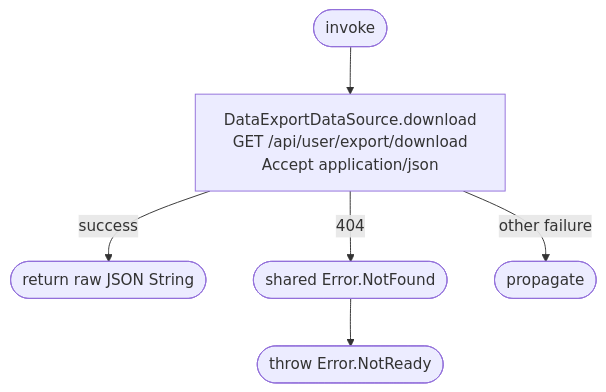
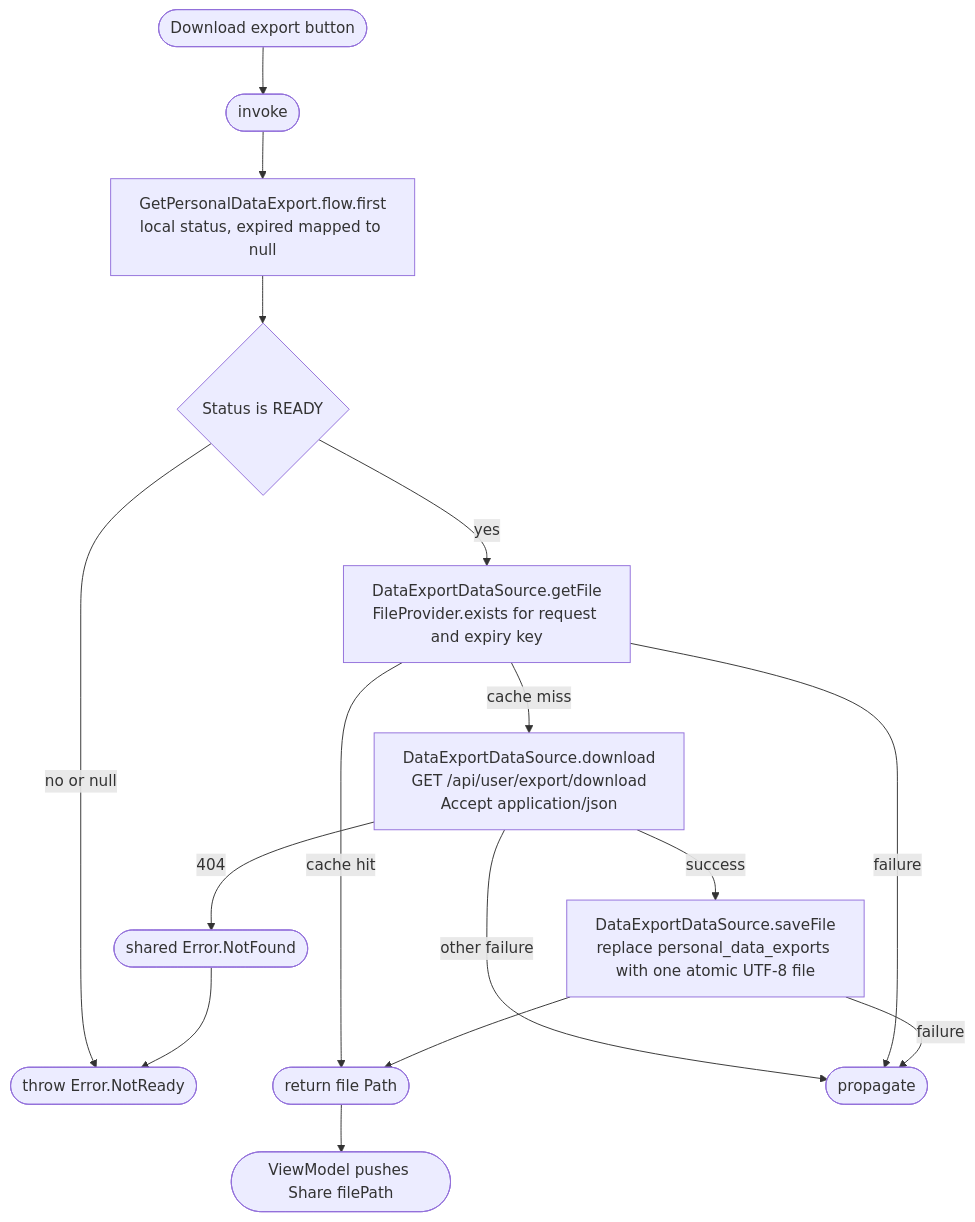
One commit to nocturneproperties/bookkme-client changed the diagram in docs/operations/settings/download-personal-data-export.md. Above: the diagram before and after it, drawn with Mermaid. The commit also changed other lines of this file and 85 other files, not shown here.

Commit message:
[ISSUE-132] personal data export

````diff
--- a/docs/operations/settings/download-personal-data-export.md
+++ b/docs/operations/settings/download-personal-data-export.md
@@ -7,8 +10,18 @@
 ```mermaid
 flowchart TD
-    Start([invoke]) --> Net[DataExportDataSource.download<br/>GET /api/user/export/download<br/>Accept application/json]
-    Net -- success --> R([return raw JSON String])
+    Button([Download export button]) --> Start([invoke])
+    Start --> Local[GetPersonalDataExport.flow.first<br/>local status, expired mapped to null]
+    Local --> Ready{Status is READY}
+    Ready -- no or null --> NotReady([throw Error.NotReady])
+    Ready -- yes --> File[DataExportDataSource.getFile<br/>FileProvider.exists for request and expiry key]
+    File -- cache hit --> Result([return file Path])
+    File -- cache miss --> Net[DataExportDataSource.download<br/>GET /api/user/export/download<br/>Accept application/json]
+    Net -- success --> Save[DataExportDataSource.saveFile<br/>replace personal_data_exports with one atomic UTF-8 file]
+    Save --> Result
+    Result --> Share([ViewModel pushes Share filePath])
     Net -- 404 --> SharedMissing([shared Error.NotFound])
-    SharedMissing --> Missing([throw Error.NotReady])
+    SharedMissing --> NotReady
     Net -- other failure --> Other([propagate])
+    File -- failure --> Other
+    Save -- failure --> Other
 ```
````
